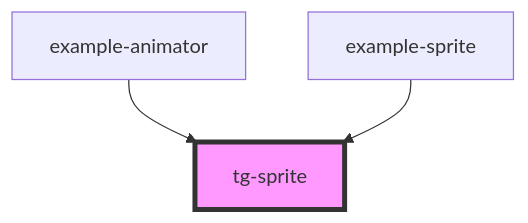
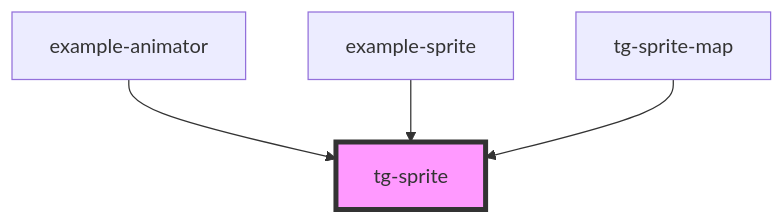
The diagram in src/components/engine/tg-sprite/readme.md (Scan0815/tg-engine), drawn with Mermaid before and after one commit. The commit also changed other lines of this file and 9 other files, not shown here.

````diff
--- a/src/components/engine/tg-sprite/readme.md
+++ b/src/components/engine/tg-sprite/readme.md
@@ -36,6 +37,7 @@
 ```mermaid
 graph TD;
   example-animator --> tg-sprite
   example-sprite --> tg-sprite
+  tg-sprite-map --> tg-sprite
   style tg-sprite fill:#f9f,stroke:#333,stroke-width:4px
 ```
````
